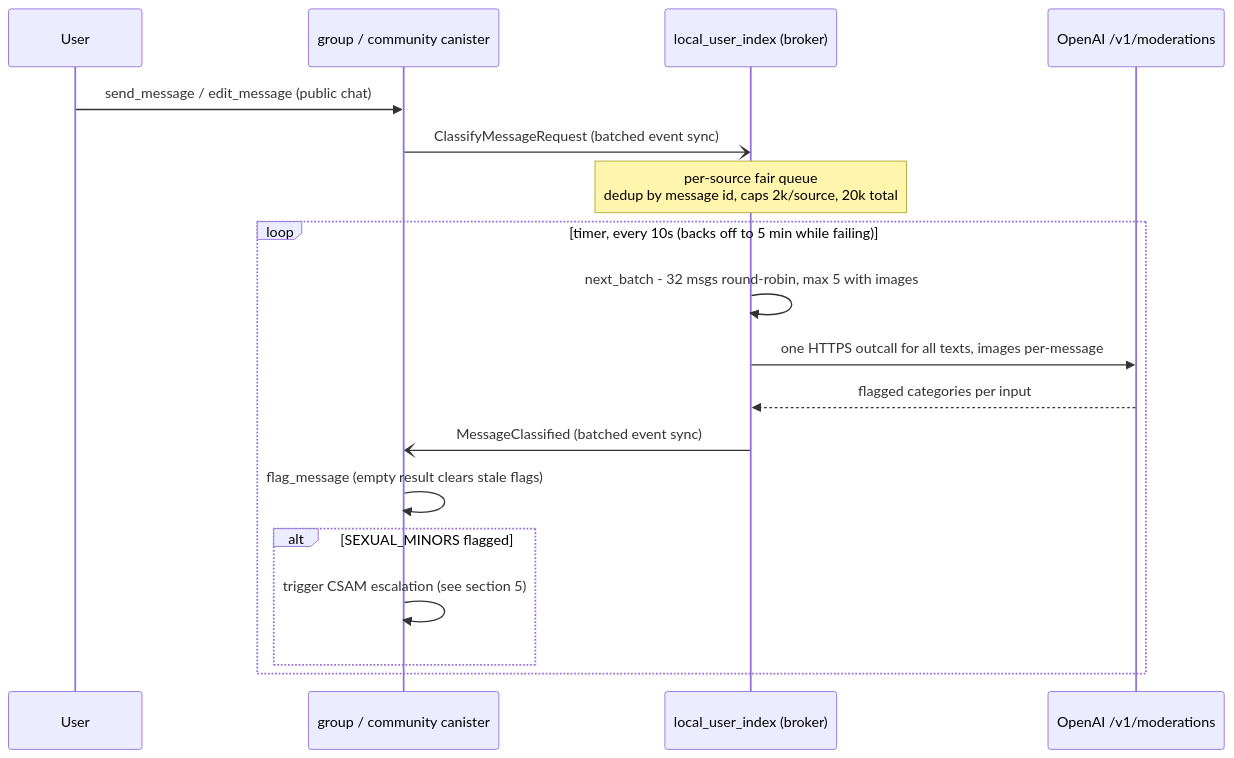
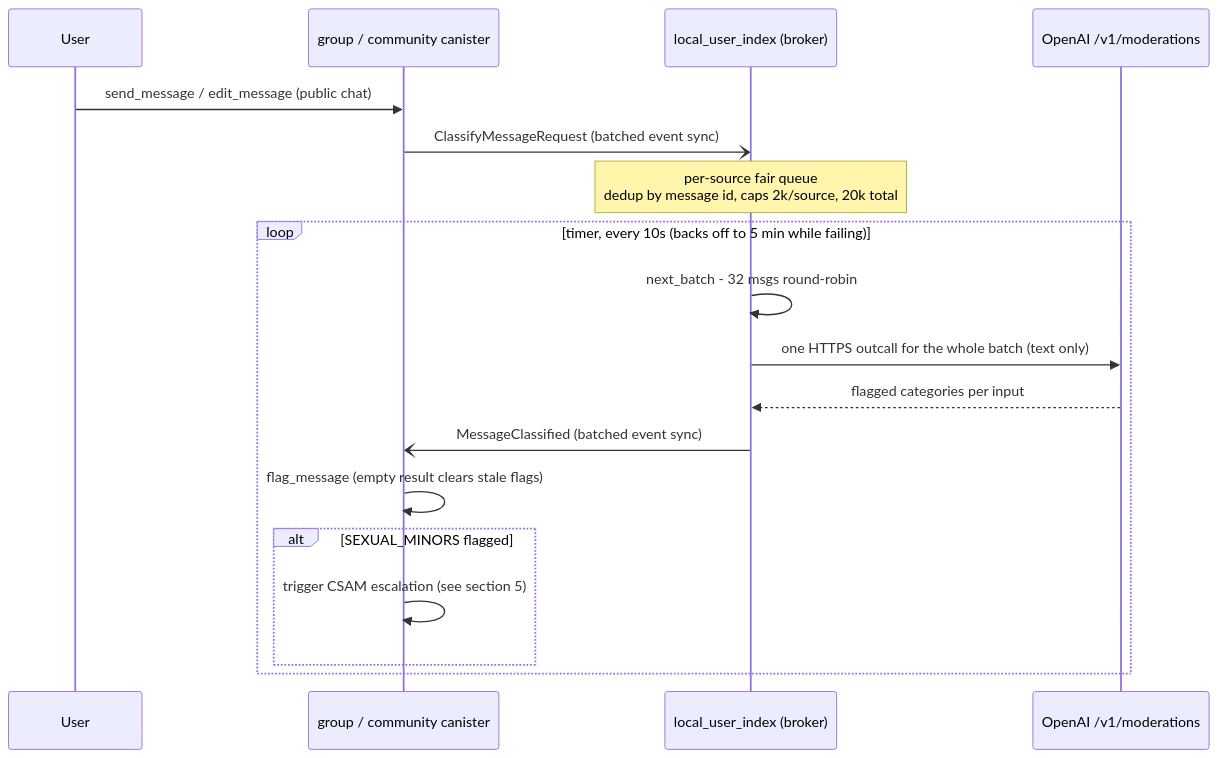
The second of 5 diagrams in architecture/moderation.md (open-chat-labs/open-chat), drawn with Mermaid before and after one commit. The commit also changed other lines of this file and 12 other files, not shown here.

````diff
--- a/architecture/moderation.md
+++ b/architecture/moderation.md
@@ -94,20 +94,20 @@
 ```mermaid
 sequenceDiagram
     participant U as User
     participant G as group / community canister
     participant L as local_user_index (broker)
     participant O as OpenAI /v1/moderations
     U->>G: send_message / edit_message (public chat)
     G-)L: ClassifyMessageRequest (batched event sync)
     Note over L: per-source fair queue<br/>dedup by message id, caps 2k/source, 20k total
     loop timer, every 10s (backs off to 5 min while failing)
-        L->>L: next_batch - 32 msgs round-robin, max 5 with images
-        L->>O: one HTTPS outcall for all texts, images per-message
+        L->>L: next_batch - 32 msgs round-robin
+        L->>O: one HTTPS outcall for the whole batch (text only)
         O-->>L: flagged categories per input
         L-)G: MessageClassified (batched event sync)
         G->>G: flag_message (empty result clears stale flags)
         alt SEXUAL_MINORS flagged
             G->>G: trigger CSAM escalation (see section 5)
         end
     end
 ```
````
